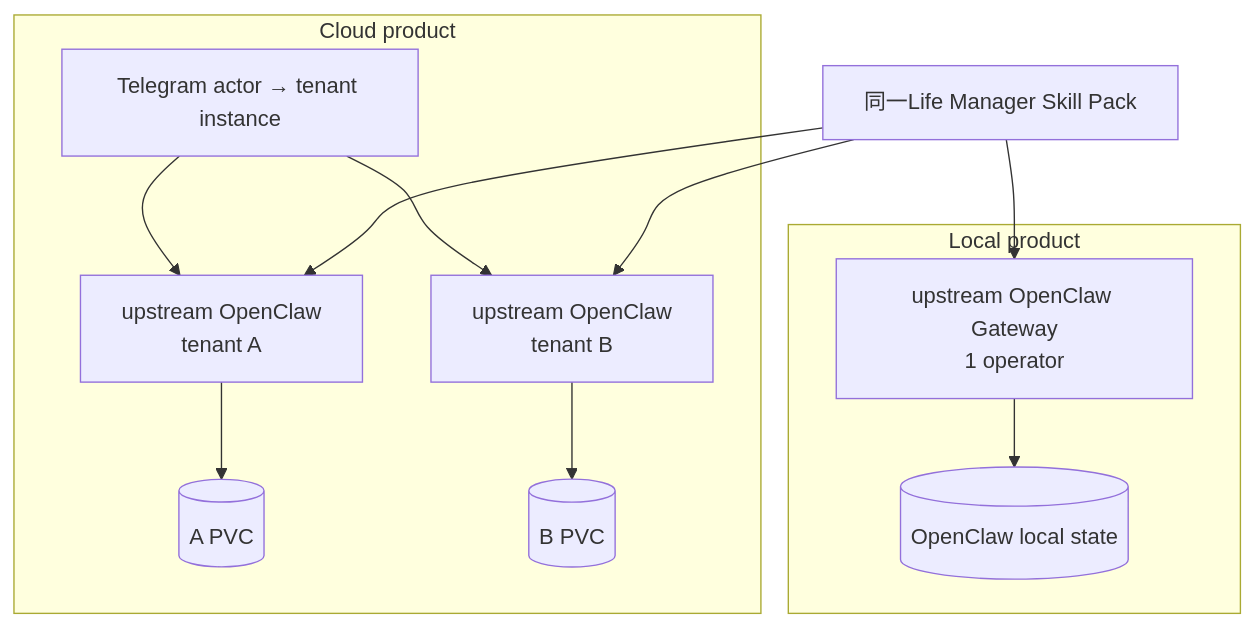
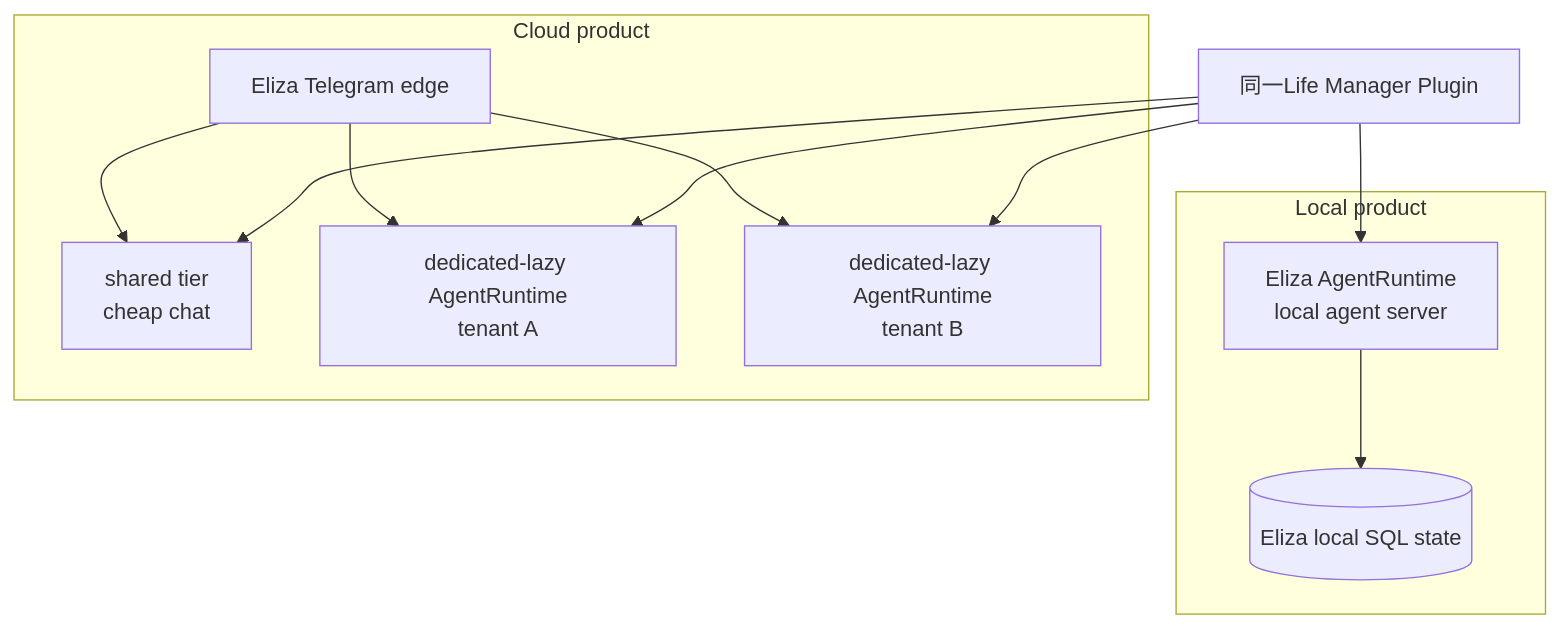
Before and after one commit to Daisuke134/anicca: the fourth of 11 diagrams in docs/superpowers/specs/2026-08-28-life-manager-cloud-telegram-product-ux-design.md, drawn with Mermaid. The commit also changed other lines of this file and 1 other file, not shown here.

Commit message:
docs(life-manager): select ElizaOS after code audit

````diff
--- a/docs/superpowers/specs/2026-08-28-life-manager-cloud-telegram-product-ux-design.md
+++ b/docs/superpowers/specs/2026-08-28-life-manager-cloud-telegram-product-ux-design.md
@@ -209,24 +227,25 @@
 ```mermaid
 flowchart TB
-  PACK[同一Life Manager Skill Pack]
+  PACK[同一Life Manager Plugin]
 
   subgraph LOCAL[Local product]
-    LG[upstream OpenClaw Gateway\n1 operator]
-    LS[(OpenClaw local state)]
+    LG[Eliza AgentRuntime\nlocal agent server]
+    LS[(Eliza local SQL state)]
     LG --> LS
   end
 
   subgraph CLOUD[Cloud product]
-    ROUTER[Telegram actor → tenant instance]
-    A[upstream OpenClaw\ntenant A]
-    B[upstream OpenClaw\ntenant B]
-    APVC[(A PVC)]
-    BPVC[(B PVC)]
-    ROUTER --> A --> APVC
-    ROUTER --> B --> BPVC
+    EDGE[Eliza Telegram edge]
+    SHARED[shared tier\ncheap chat]
+    A[dedicated-lazy AgentRuntime\ntenant A]
+    B[dedicated-lazy AgentRuntime\ntenant B]
+    EDGE --> SHARED
+    EDGE --> A
+    EDGE --> B
   end
 
   PACK --> LG
+  PACK --> SHARED
   PACK --> A
   PACK --> B
 ```
````
